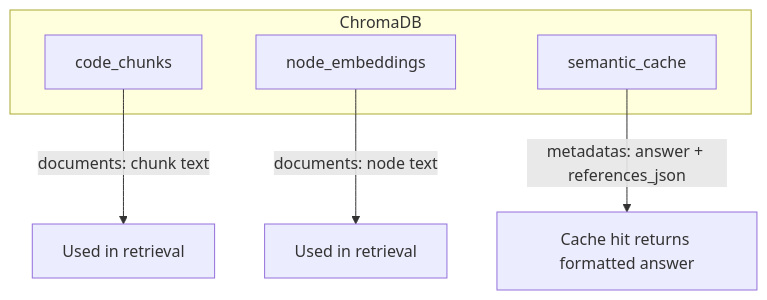
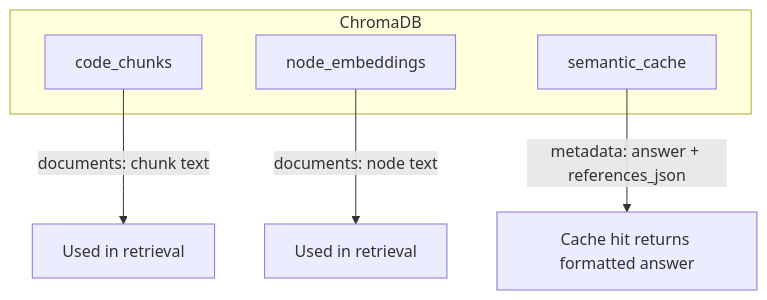
Before and after one commit to HarshiniAiyyer/CelerGraph: the fifth of 6 diagrams in detailed.md, drawn with Mermaid. The commit also changed other lines of this file, not shown here.

First line of the commit message:
Revise system architecture and flow diagrams

````diff
--- a/detailed.md
+++ b/detailed.md
@@ -979,12 +971,12 @@
 ```mermaid
 flowchart TB
   subgraph ChromaDB
-    CE[code_chunks]
-    NE[node_embeddings]
-    SC[semantic_cache]
+    CE["code_chunks"]
+    NE["node_embeddings"]
+    SC["semantic_cache"]
   end
 
-  CE -->|documents: chunk text| UI1[Used in retrieval]
-  NE -->|documents: node text| UI2[Used in retrieval]
-  SC -->|metadatas: answer + references_json| UI3[Cache hit returns formatted answer]
+  CE -->|documents: chunk text| UI1["Used in retrieval"]
+  NE -->|documents: node text| UI2["Used in retrieval"]
+  SC -->|metadata: answer + references_json| UI3["Cache hit returns formatted answer"]
 ```
````
